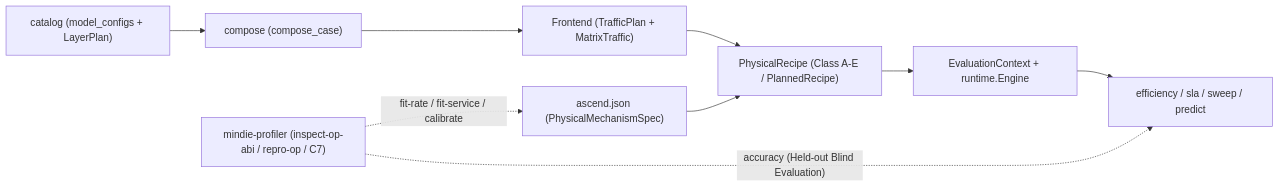
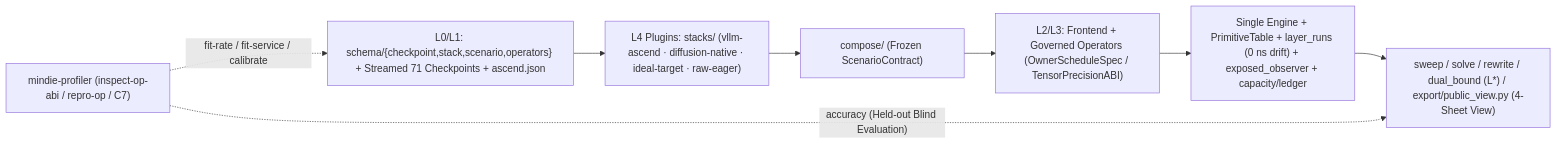
Before and after one commit to mindie-agent/sim: the diagram in CONTRIBUTING.en.md, drawn with Mermaid. The commit also changed other lines of this file and 11 other files, not shown here.

Commit message:
docs(sim): align living docs, bilingual guides, and migration notes to single-spine architecture

````diff
--- a/CONTRIBUTING.en.md
+++ b/CONTRIBUTING.en.md
@@ -28,11 +28,10 @@
 ```mermaid
 flowchart LR
-    C["catalog (model_configs + LayerPlan)"] --> COMP["compose (compose_case)"]
-    COMP --> FE["Frontend (TrafficPlan + MatrixTraffic)"]
-    PROF["ascend.json (PhysicalMechanismSpec)"] --> REC["PhysicalRecipe (Class A-E / PlannedRecipe)"]
-    FE --> REC
-    REC --> ENG["EvaluationContext + runtime.Engine"]
-    ENG --> OUT["efficiency / sla / sweep / predict"]
-    MSPROF["mindie-profiler (inspect-op-abi / repro-op / C7)"] -. "fit-rate / fit-service / calibrate" .-> PROF
+    C["L0/L1: schema/{checkpoint,stack,scenario,operators} + Streamed 71 Checkpoints + ascend.json"] --> STK["L4 Plugins: stacks/ (vllm-ascend · diffusion-native · ideal-target · raw-eager)"]
+    STK --> COMP["compose/ (Frozen ScenarioContract)"]
+    COMP --> FE["L2/L3: Frontend + Governed Operators (OwnerScheduleSpec / TensorPrecisionABI)"]
+    FE --> ENG["Single Engine + PrimitiveTable + layer_runs (0 ns drift) + exposed_observer + capacity/ledger"]
+    ENG --> OUT["sweep / solve / rewrite / dual_bound (L*) / export/public_view.py (4-Sheet View)"]
+    MSPROF["mindie-profiler (inspect-op-abi / repro-op / C7)"] -. "fit-rate / fit-service / calibrate" .-> C
     MSPROF -. "accuracy (Held-out Blind Evaluation)" .-> OUT
 ```
````
